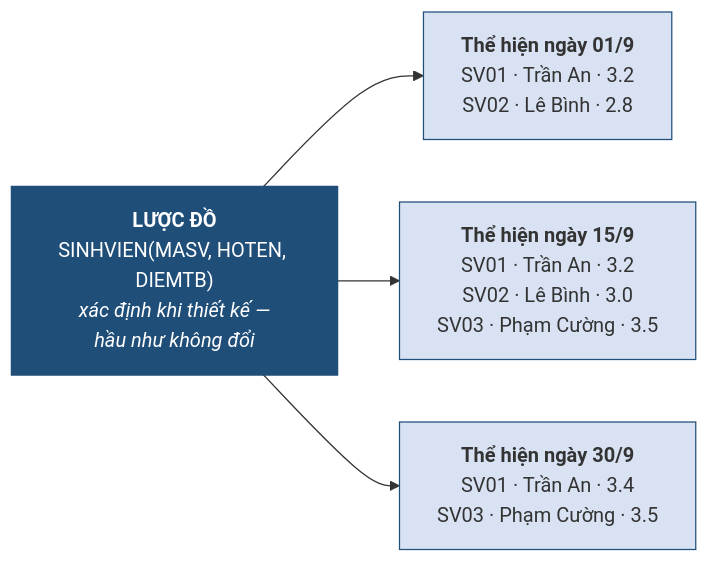
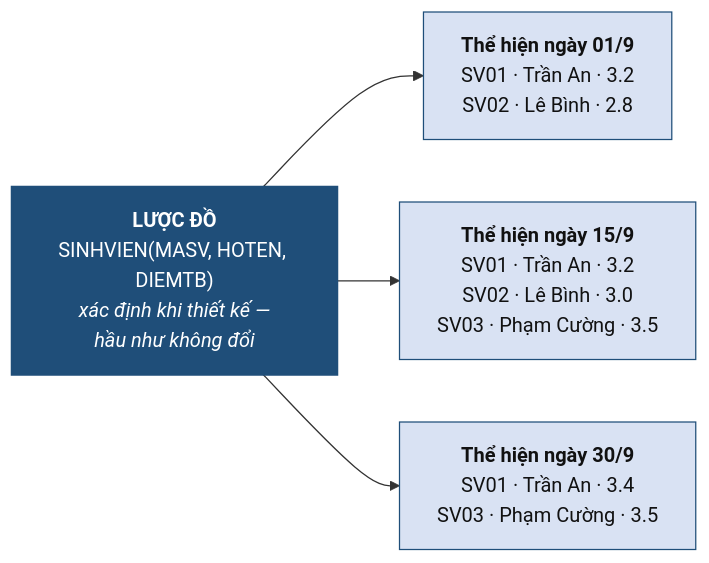
The fourth of 4 diagrams in docs/chuong-1/1-4-mo-hinh-du-lieu-luoc-do-va-the-hien.md (CuongNguyenDAU/csdl-dbs201), drawn with Mermaid before and after one commit. The commit also changed other lines of this file and 123 other files, not shown here.

Commit message:
Cập nhật bài giảng v7: sơ đồ ER ký pháp Chen, hình minh họa tự vẽ, mở rộng toàn diện Chương 5 và bổ sung lời giải A4, B5

````diff
--- a/docs/chuong-1/1-4-mo-hinh-du-lieu-luoc-do-va-the-hien.md
+++ b/docs/chuong-1/1-4-mo-hinh-du-lieu-luoc-do-va-the-hien.md
@@ -228,11 +220,11 @@
 ```mermaid
 flowchart LR
     S["<b>LƯỢC ĐỒ</b><br/>SINHVIEN(MASV, HOTEN, DIEMTB)<br/><i>xác định khi thiết kế —<br/>hầu như không đổi</i>"]
     S --> T1["<b>Thể hiện ngày 01/9</b><br/>SV01 · Trần An · 3.2<br/>SV02 · Lê Bình · 2.8"]
     S --> T2["<b>Thể hiện ngày 15/9</b><br/>SV01 · Trần An · 3.2<br/>SV02 · Lê Bình · 3.0<br/>SV03 · Phạm Cường · 3.5"]
     S --> T3["<b>Thể hiện ngày 30/9</b><br/>SV01 · Trần An · 3.4<br/>SV03 · Phạm Cường · 3.5"]
-    style S fill:#1F4E79,color:#fff,stroke:#1F4E79,stroke-width:2px
-    style T1 fill:#D9E2F3,stroke:#1F4E79
-    style T2 fill:#D9E2F3,stroke:#1F4E79
-    style T3 fill:#D9E2F3,stroke:#1F4E79
+    style S fill:#1F4E79,color:#ffffff,stroke:#1F4E79,stroke-width:2px
+    style T1 fill:#D9E2F3,stroke:#1F4E79,color:#111111
+    style T2 fill:#D9E2F3,stroke:#1F4E79,color:#111111
+    style T3 fill:#D9E2F3,stroke:#1F4E79,color:#111111
 ```
````
